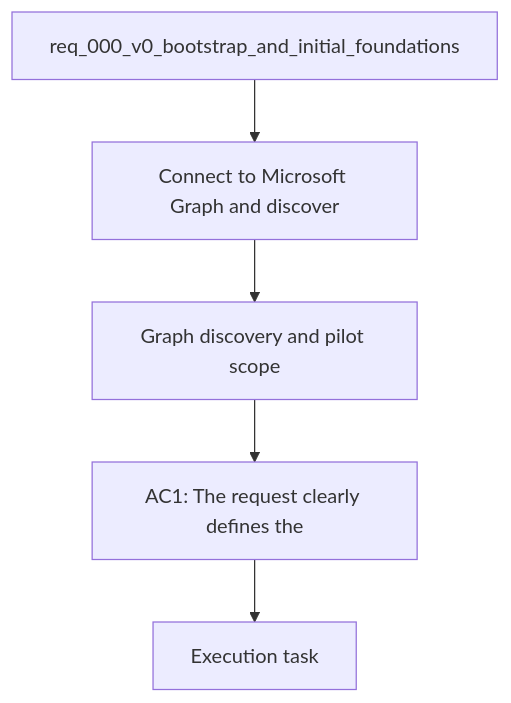
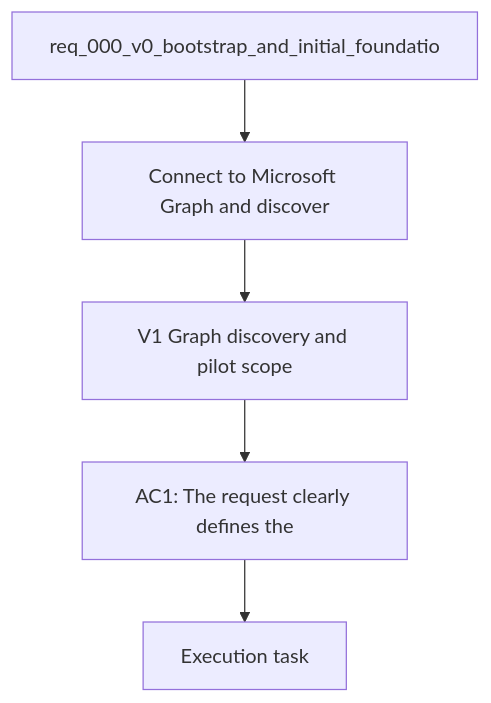
The diagram in logics/backlog/item_000_v1_graph_discovery_and_pilot_scope.md (AlexAgo83/deepvault), drawn with Mermaid before and after one commit. The commit also changed 28 other files, not shown here.

````diff
--- a/logics/backlog/item_000_v1_graph_discovery_and_pilot_scope.md
+++ b/logics/backlog/item_000_v1_graph_discovery_and_pilot_scope.md
@@ -26,9 +26,9 @@
 ```mermaid
 %% logics-kind: backlog
 %% logics-signature: backlog|v1-graph-discovery-and-pilot-scope|req-000-v0-bootstrap-and-initial-foundat|connect-to-microsoft-graph-and-discover|ac1-the-request-clearly-defines-the
 flowchart TD
-    Request[req_000_v0_bootstrap_and_initial_foundations] --> Problem[Connect to Microsoft Graph and discover]
-    Problem --> Scope[Graph discovery and pilot scope]
+    Request[req_000_v0_bootstrap_and_initial_foundatio] --> Problem[Connect to Microsoft Graph and discover]
+    Problem --> Scope[V1 Graph discovery and pilot scope]
     Scope --> Acceptance[AC1: The request clearly defines the]
     Acceptance --> Tasks[Execution task]
 ```
````
